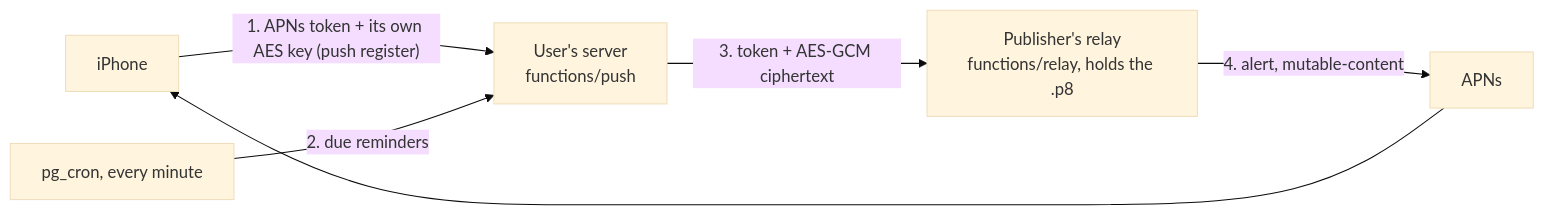
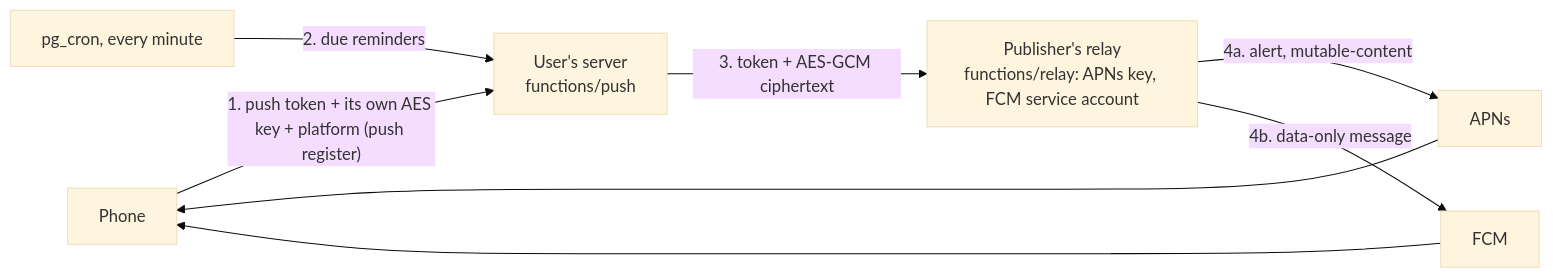
The diagram in docs/ARCHITECTURE.md (danyzmaj-apps/dzep), drawn with Mermaid (base theme) before and after one commit. The commit also changed other lines of this file and 83 other files, not shown here.

Commit message:
Android phone app (FCM push sealed like iOS, Todos and New idea widgets, ongoing notifications for followed omp sessions, reminders); server: push platform column, FCM in push + relay; phone-neutral copy; public README and docs

````diff
--- a/docs/ARCHITECTURE.md
+++ b/docs/ARCHITECTURE.md
@@ -97,7 +102,8 @@
 ```mermaid
 flowchart LR
-  P[iPhone] -- "1. APNs token + its own AES key (push register)" --> S[User's server<br/>functions/push]
+  P[Phone] -- "1. push token + its own AES key + platform (push register)" --> S[User's server<br/>functions/push]
   C[pg_cron, every minute] -- "2. due reminders" --> S
-  S -- "3. token + AES-GCM ciphertext" --> R[Publisher's relay<br/>functions/relay, holds the .p8]
-  R -- "4. alert, mutable-content" --> A[APNs] --> P
+  S -- "3. token + AES-GCM ciphertext" --> R[Publisher's relay<br/>functions/relay: APNs key, FCM service account]
+  R -- "4a. alert, mutable-content" --> A[APNs] --> P
+  R -- "4b. data-only message" --> F[FCM] --> P
 ```
````
